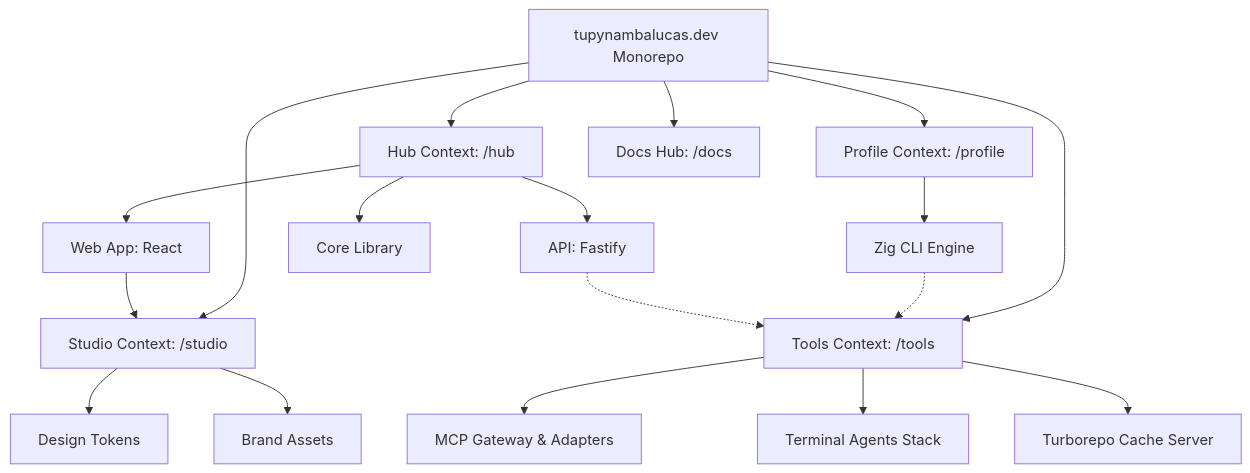
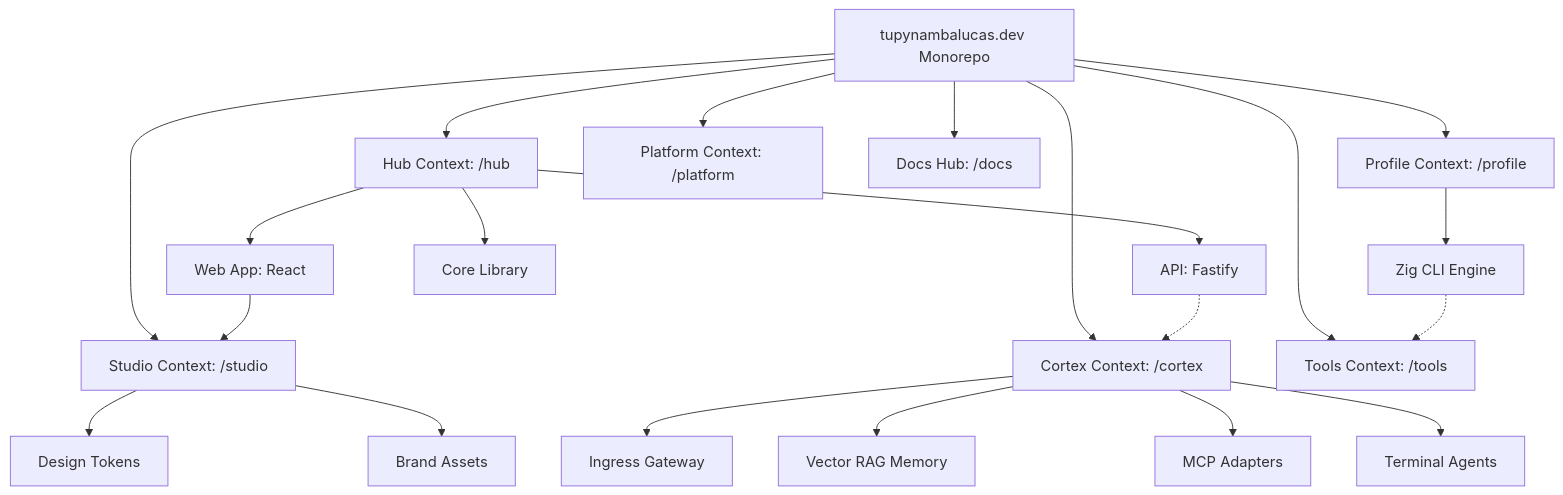
One commit to tupynambalucas/tupynambalucas changed the diagram in docs/handbook/explanation/bounded-contexts.mdx. Above: the diagram before and after it, drawn with Mermaid. The commit also changed other lines of this file and 142 other files, not shown here.

````diff
--- a/docs/handbook/explanation/bounded-contexts.mdx
+++ b/docs/handbook/explanation/bounded-contexts.mdx
@@ -16,27 +16,30 @@
 ```mermaid
 graph TD
     direction TB
     Root["tupynambalucas.dev Monorepo"]
     Root --> Hub["Hub Context: /hub"]
+    Root --> Cortex["Cortex Context: /cortex"]
     Root --> Profile["Profile Context: /profile"]
     Root --> Studio["Studio Context: /studio"]
     Root --> Tools["Tools Context: /tools"]
+    Root --> Platform["Platform Context: /platform"]
     Root --> Knowledge["Docs Hub: /docs"]
 
     Hub --> H_Web["Web App: React"]
     Hub --> H_API["API: Fastify"]
     Hub --> H_Core["Core Library"]
 
+    Cortex --> Gateway["Ingress Gateway"]
+    Cortex --> Memory["Vector RAG Memory"]
+    Cortex --> MCP["MCP Adapters"]
+    Cortex --> Agents["Terminal Agents"]
+
     Profile --> P_Zig["Zig CLI Engine"]
 
     Studio --> Tokens["Design Tokens"]
     Studio --> Assets["Brand Assets"]
 
-    Tools --> MCP["MCP Gateway & Adapters"]
-    Tools --> Agents["Terminal Agents Stack"]
-    Tools --> Cache["Turborepo Cache Server"]
-
     H_Web --> Studio
     P_Zig -.-> Tools
-    H_API -.-> Tools
+    H_API -.-> Cortex
 ```
````
